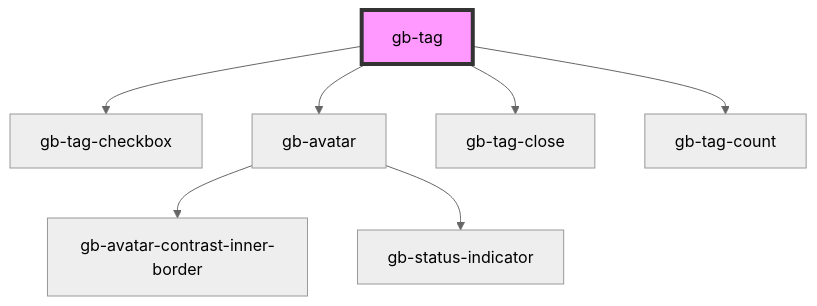
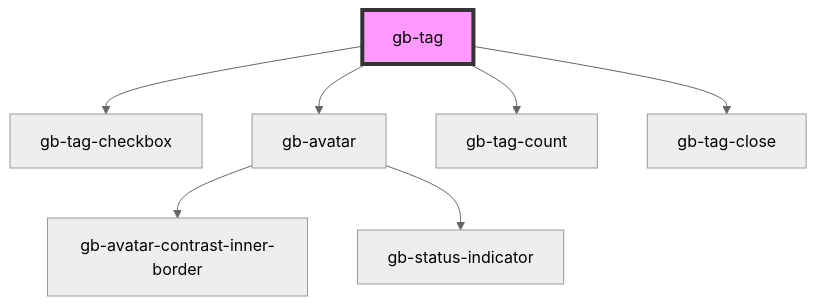
Before and after one commit to Emmanuel1858/globusComponent: the diagram in src/components/gb-tags/readme.md, drawn with Mermaid (neutral theme). The commit also changed other lines of this file and 33 other files, not shown here.

````diff
--- a/src/components/gb-tags/readme.md
+++ b/src/components/gb-tags/readme.md
@@ -29,10 +29,10 @@
 ```mermaid
 graph TD;
   gb-tag --> gb-tag-checkbox
   gb-tag --> gb-avatar
+  gb-tag --> gb-tag-count
   gb-tag --> gb-tag-close
-  gb-tag --> gb-tag-count
   gb-avatar --> gb-avatar-contrast-inner-border
   gb-avatar --> gb-status-indicator
   style gb-tag fill:#f9f,stroke:#333,stroke-width:4px
 ```
````
